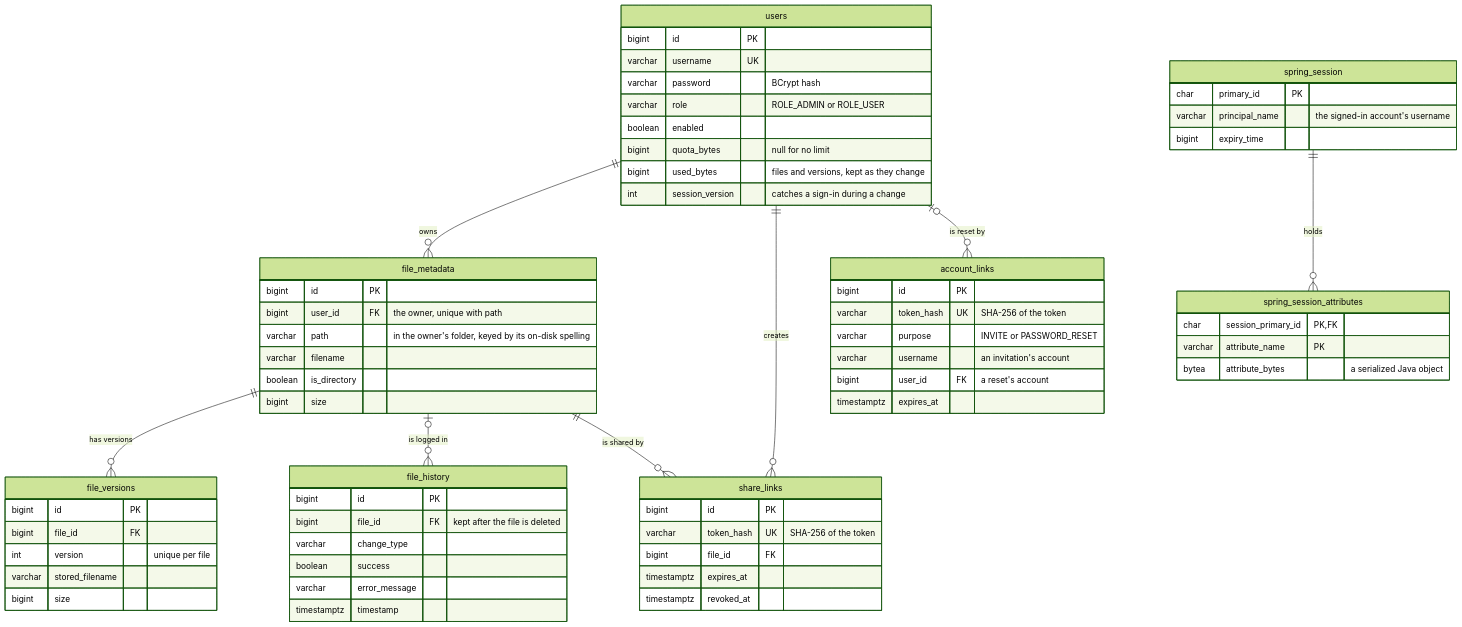
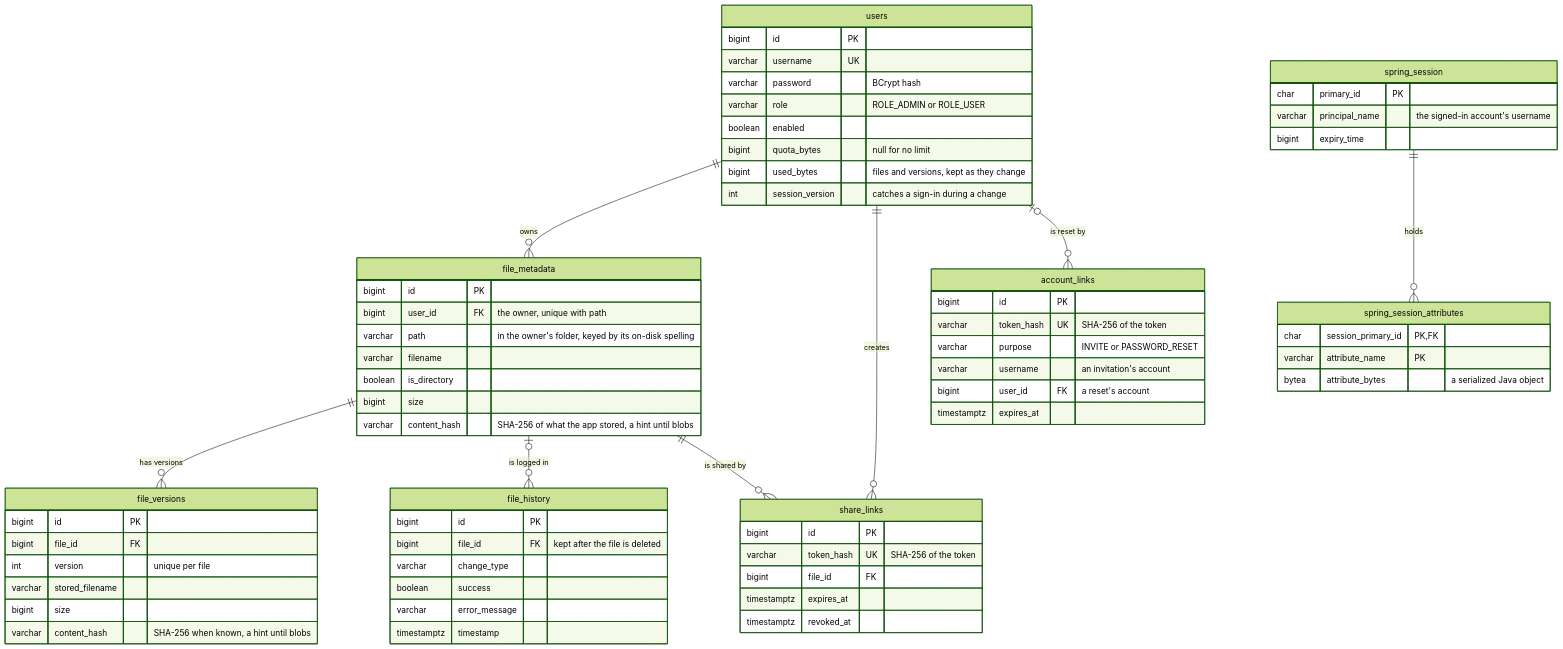
One commit to mevcaus/JavaDropbox changed the second of 6 diagrams in README.md. Above: the diagram before and after it, drawn with Mermaid (forest theme). The commit also changed 14 other files, not shown here.

Commit message:
hash uploads with sha-256 while they stream, and record the hash on files and versions

````diff
--- a/README.md
+++ b/README.md
@@ -96,69 +96,71 @@
 ```mermaid
 erDiagram
     users ||--o{ file_metadata : owns
     file_metadata ||--o{ file_versions : "has versions"
     file_metadata |o--o{ file_history : "is logged in"
     file_metadata ||--o{ share_links : "is shared by"
     users ||--o{ share_links : creates
     users |o--o{ account_links : "is reset by"
 
     users {
         bigint id PK
         varchar username UK
         varchar password "BCrypt hash"
         varchar role "ROLE_ADMIN or ROLE_USER"
         boolean enabled
         bigint quota_bytes "null for no limit"
         bigint used_bytes "files and versions, kept as they change"
         int session_version "catches a sign-in during a change"
     }
     file_metadata {
         bigint id PK
         bigint user_id FK "the owner, unique with path"
         varchar path "in the owner's folder, keyed by its on-disk spelling"
         varchar filename
         boolean is_directory
         bigint size
+        varchar content_hash "SHA-256 of what the app stored, a hint until blobs"
     }
     file_versions {
         bigint id PK
         bigint file_id FK
         int version "unique per file"
         varchar stored_filename
         bigint size
+        varchar content_hash "SHA-256 when known, a hint until blobs"
     }
     file_history {
         bigint id PK
         bigint file_id FK "kept after the file is deleted"
         varchar change_type
         boolean success
         varchar error_message
         timestamptz timestamp
     }
     share_links {
         bigint id PK
         varchar token_hash UK "SHA-256 of the token"
         bigint file_id FK
         timestamptz expires_at
         timestamptz revoked_at
     }
     account_links {
         bigint id PK
         varchar token_hash UK "SHA-256 of the token"
         varchar purpose "INVITE or PASSWORD_RESET"
         varchar username "an invitation's account"
         bigint user_id FK "a reset's account"
         timestamptz expires_at
     }
     spring_session ||--o{ spring_session_attributes : holds
     spring_session {
         char primary_id PK
         varchar principal_name "the signed-in account's username"
         bigint expiry_time
     }
     spring_session_attributes {
         char session_primary_id PK, FK
         varchar attribute_name PK
         bytea attribute_bytes "a serialized Java object"
     }
 ```
````
